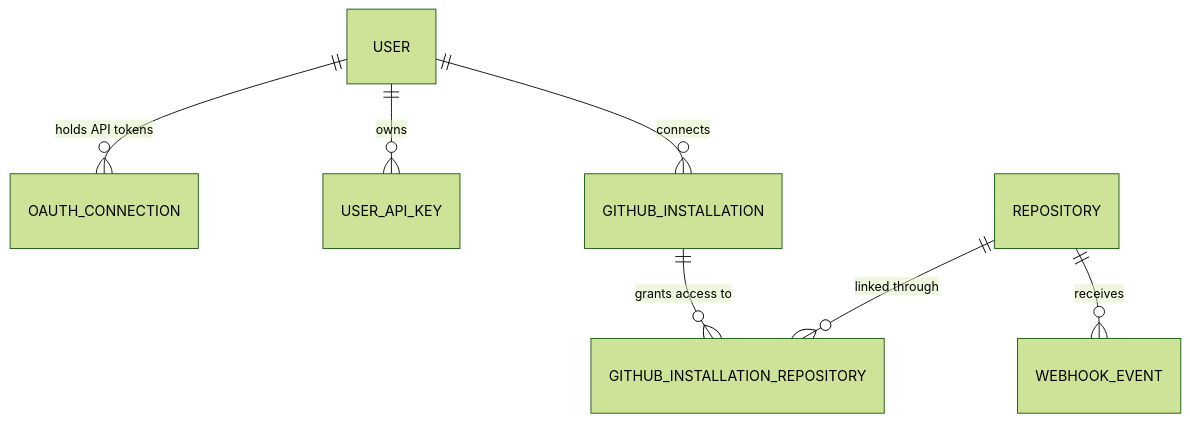
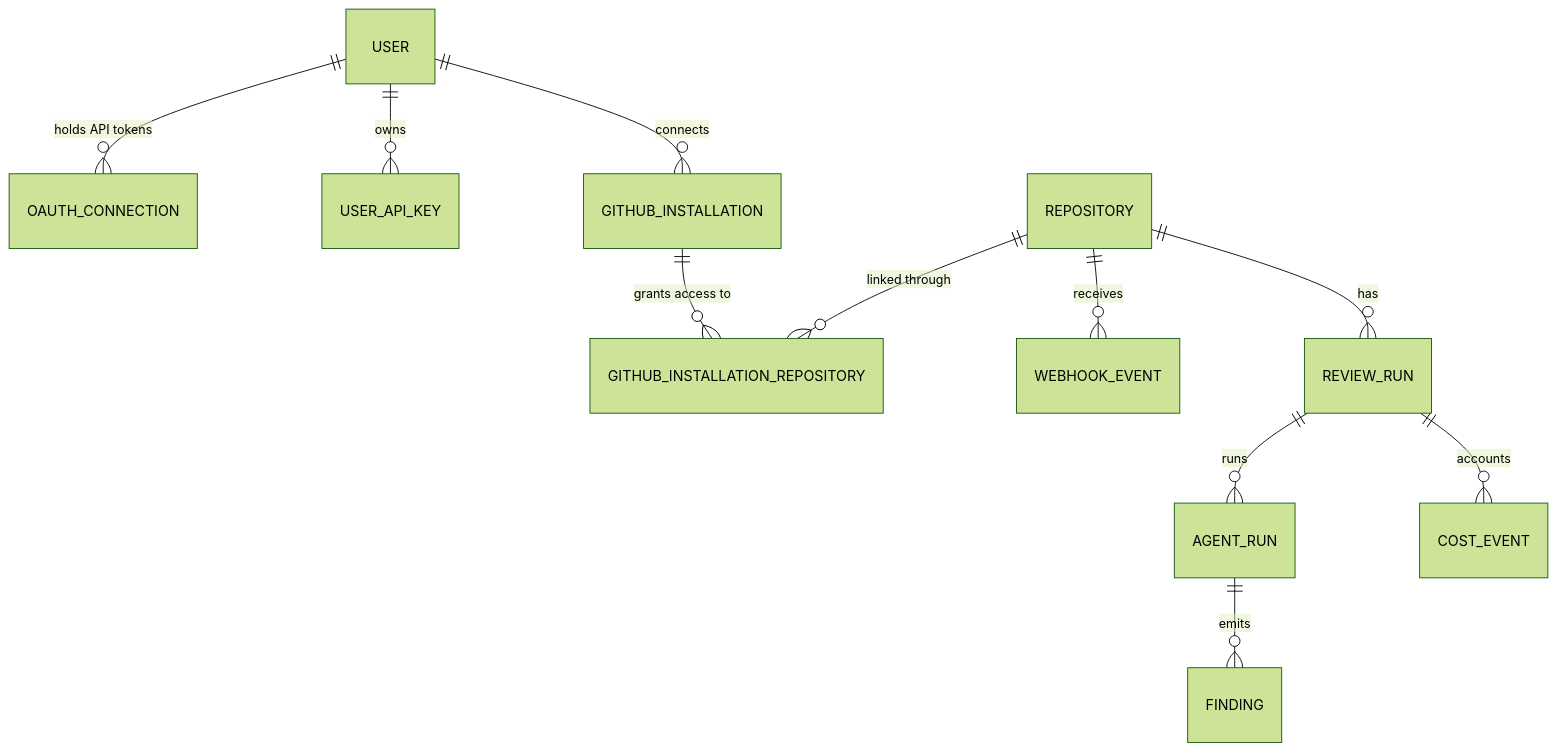
Before and after one commit to stevekinney/tribunal: the second of 3 diagrams in documentation/ARCHITECTURE.md, drawn with Mermaid (forest theme). The commit also changed other lines of this file and 21 other files, not shown here.

````diff
--- a/documentation/ARCHITECTURE.md
+++ b/documentation/ARCHITECTURE.md
@@ -119,9 +147,13 @@
 ```mermaid
 erDiagram
   USER ||--o{ OAUTH_CONNECTION : "holds API tokens"
   USER ||--o{ USER_API_KEY : "owns"
   USER ||--o{ GITHUB_INSTALLATION : "connects"
   GITHUB_INSTALLATION ||--o{ GITHUB_INSTALLATION_REPOSITORY : "grants access to"
   REPOSITORY ||--o{ GITHUB_INSTALLATION_REPOSITORY : "linked through"
   REPOSITORY ||--o{ WEBHOOK_EVENT : "receives"
+  REPOSITORY ||--o{ REVIEW_RUN : "has"
+  REVIEW_RUN ||--o{ AGENT_RUN : "runs"
+  AGENT_RUN ||--o{ FINDING : "emits"
+  REVIEW_RUN ||--o{ COST_EVENT : "accounts"
 ```
````
